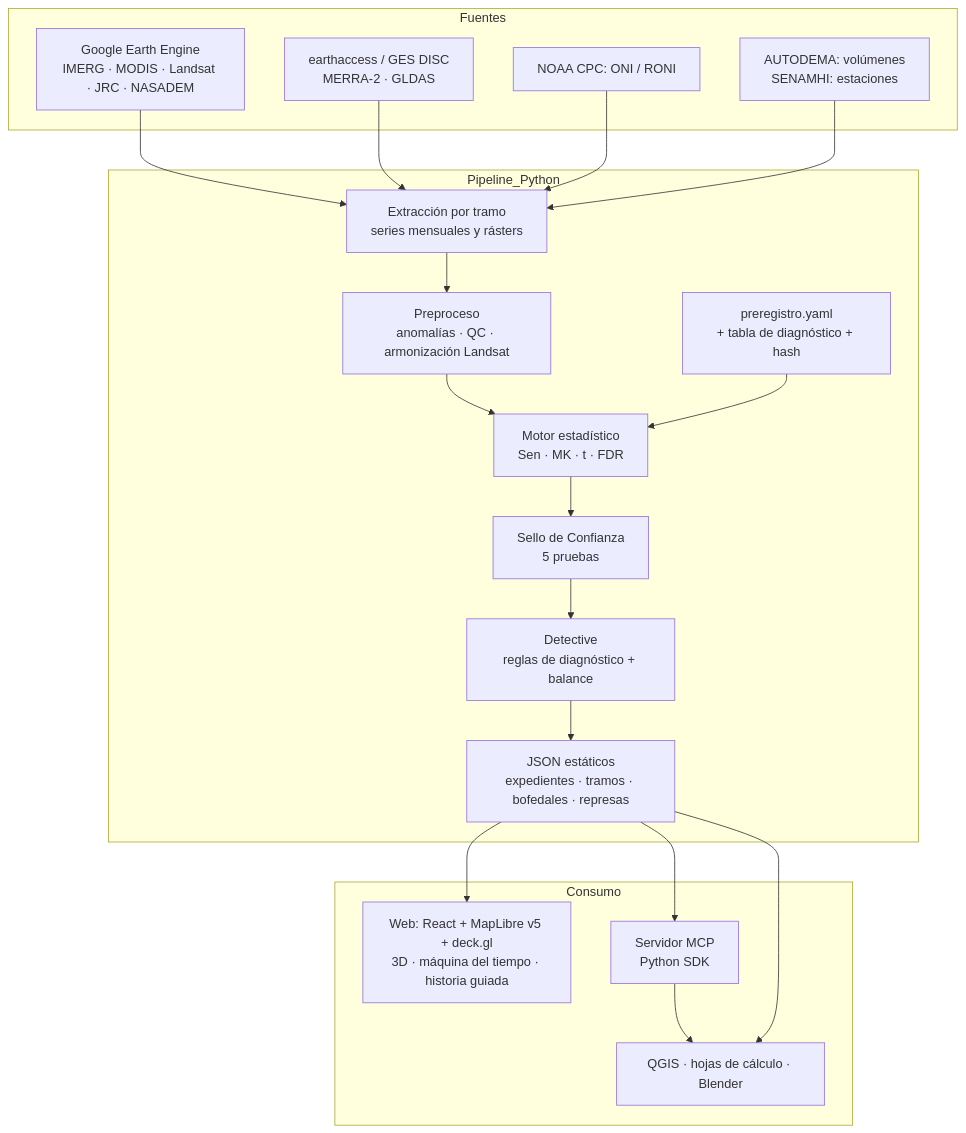
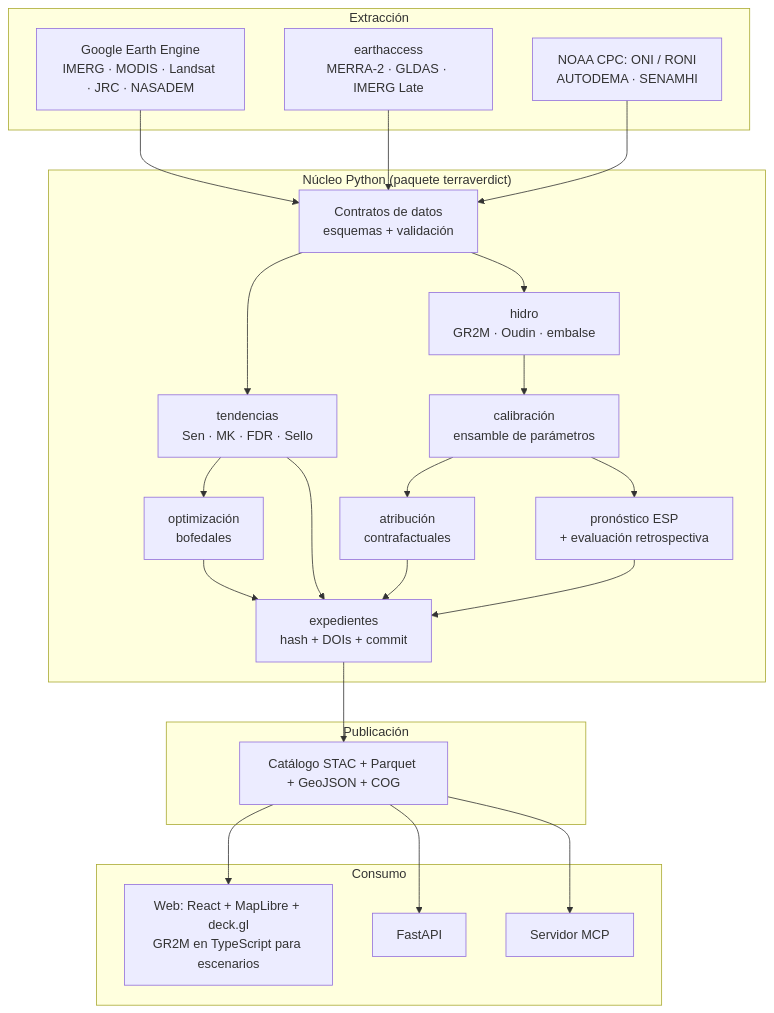
Before and after one commit to DiegoNiS/terraverdict: the second of 2 diagrams in readme.md, drawn with Mermaid. The commit also changed other lines of this file and 2 other files, not shown here.

First line of the commit message:
Elevar TerraVerdict a gemelo digital del agua de Arequipa

````diff
--- a/readme.md
+++ b/readme.md
@@ -332,27 +253,31 @@
 ```mermaid
 flowchart TB
-    subgraph Fuentes
-        G[Google Earth Engine\nIMERG · MODIS · Landsat · JRC · NASADEM]
-        E[earthaccess / GES DISC\nMERRA-2 · GLDAS]
-        N[NOAA CPC: ONI / RONI]
-        L[AUTODEMA: volúmenes\nSENAMHI: estaciones]
+    subgraph Extracción
+        GEE[Google Earth Engine\nIMERG · MODIS · Landsat · JRC · NASADEM]
+        EA[earthaccess\nMERRA-2 · GLDAS · IMERG Late]
+        EXT[NOAA CPC: ONI / RONI\nAUTODEMA · SENAMHI]
     end
-    subgraph Pipeline_Python
-        X[Extracción por tramo\nseries mensuales y rásters] --> P[Preproceso\nanomalías · QC · armonización Landsat]
-        P --> M[Motor estadístico\nSen · MK · t · FDR]
-        C[preregistro.yaml\n+ tabla de diagnóstico + hash] --> M
-        M --> S[Sello de Confianza\n5 pruebas]
-        S --> D[Detective\nreglas de diagnóstico + balance]
-        D --> O[JSON estáticos\nexpedientes · tramos · bofedales · represas]
+    subgraph Núcleo["Núcleo Python (paquete terraverdict)"]
+        DC[Contratos de datos\nesquemas + validación]
+        TR[tendencias\nSen · MK · FDR · Sello]
+        HY[hidro\nGR2M · Oudin · embalse]
+        CAL[calibración\nensamble de parámetros]
+        ATR[atribución\ncontrafactuales]
+        ESP[pronóstico ESP\n+ evaluación retrospectiva]
+        OPT[optimización\nbofedales]
+        EXP[expedientes\nhash + DOIs + commit]
+    end
+    subgraph Publicación
+        ST[Catálogo STAC + Parquet + GeoJSON + COG]
     end
     subgraph Consumo
-        W[Web: React + MapLibre v5 + deck.gl\n3D · máquina del tiempo · historia guiada]
-        MCP[Servidor MCP\nPython SDK]
-        Q[QGIS · hojas de cálculo · Blender]
+        WEB[Web: React + MapLibre + deck.gl\nGR2M en TypeScript para escenarios]
+        API[FastAPI]
+        MCP[Servidor MCP]
     end
-    G & E & N & L --> X
-    O --> W
-    O --> MCP
-    MCP --> Q
-    O --> Q
+    GEE & EA & EXT --> DC --> TR & HY
+    HY --> CAL --> ATR & ESP
+    TR --> OPT
+    TR & ATR & ESP & OPT --> EXP --> ST
+    ST --> WEB & API & MCP
 ```
````
